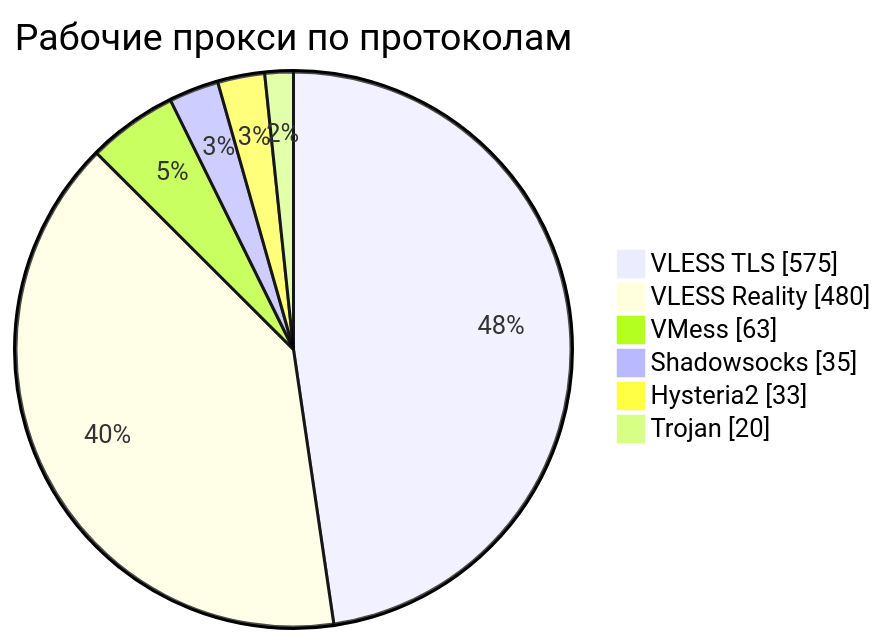
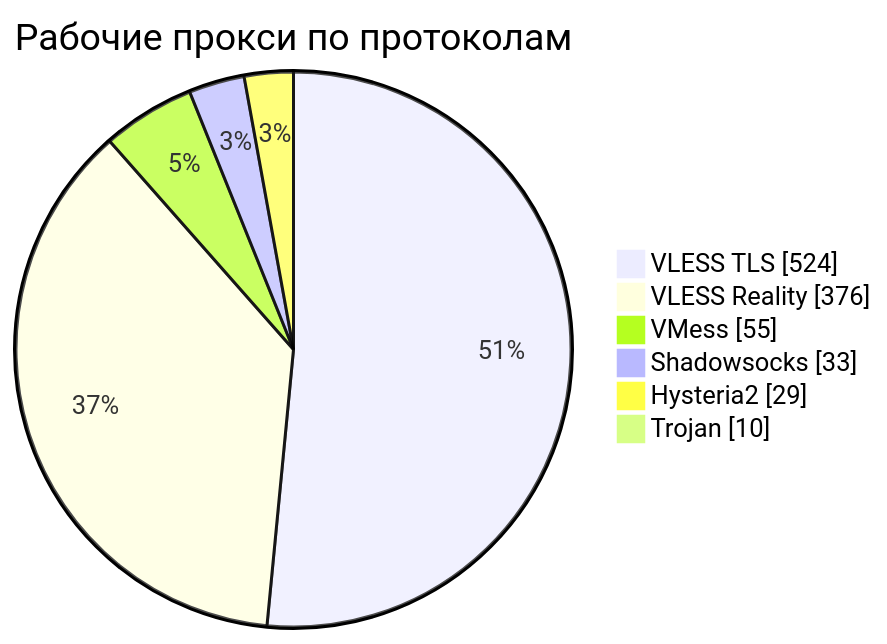
The third of 4 diagrams in README.md (rvvg/proxy-subs), drawn with Mermaid before and after one commit. The commit also changed other lines of this file and 47 other files, not shown here.

````diff
--- a/README.md
+++ b/README.md
@@ -137,10 +132,10 @@
 ```mermaid
 pie showData
     title Рабочие прокси по протоколам
-    "VLESS TLS" : 575
-    "VLESS Reality" : 480
-    "VMess" : 63
-    "Shadowsocks" : 35
-    "Hysteria2" : 33
-    "Trojan" : 20
+    "VLESS TLS" : 524
+    "VLESS Reality" : 376
+    "VMess" : 55
+    "Shadowsocks" : 33
+    "Hysteria2" : 29
+    "Trojan" : 10
 ```
````
